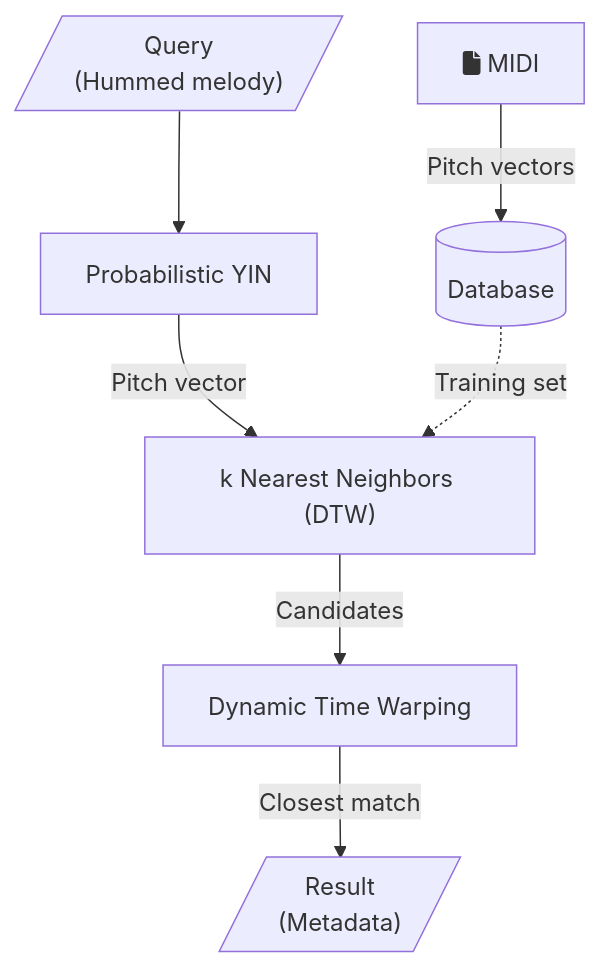
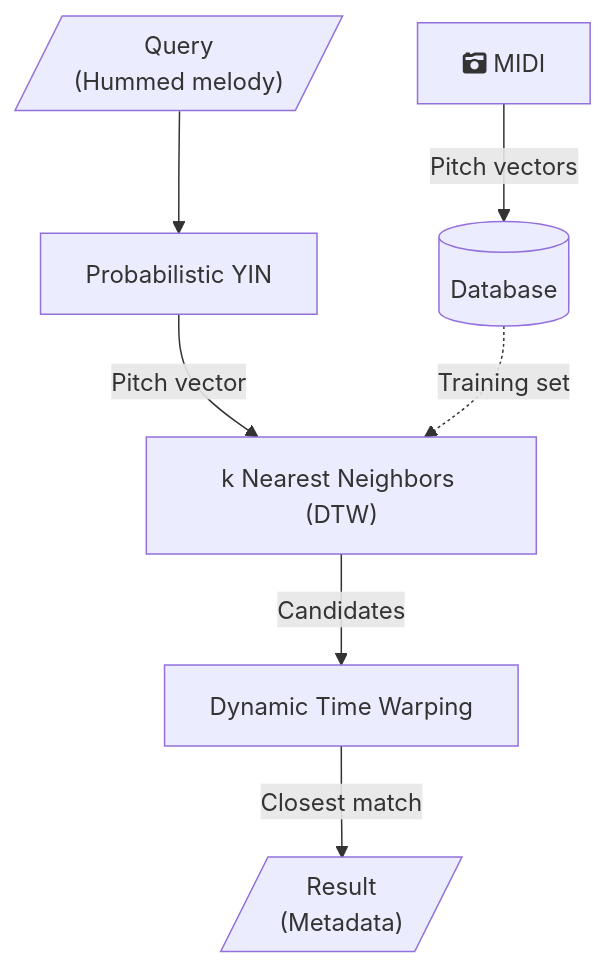
Before and after one commit to vivekvjyn/strawberry-fields: the diagram in README.md, drawn with Mermaid.

````diff
--- a/README.md
+++ b/README.md
@@ -68,10 +68,10 @@
 ```mermaid
 flowchart TB;
    A[/"Query\n(Hummed melody)"/] --> B["Probabilistic YIN"];
    B -->|Pitch vector| C["k Nearest Neighbors (DTW)"];
    C -->|Candidates| D["Dynamic Time Warping"];
    D -->|Closest match| E[/"Result\n(Metadata)"/];
    G[("Database")] -.->|Training set| C
-   F["fa:fa-file MIDI"] -->|Pitch vectors| G
+   F["fa:fa-camera-retro MIDI"] -->|Pitch vectors| G
     
 ```
````
